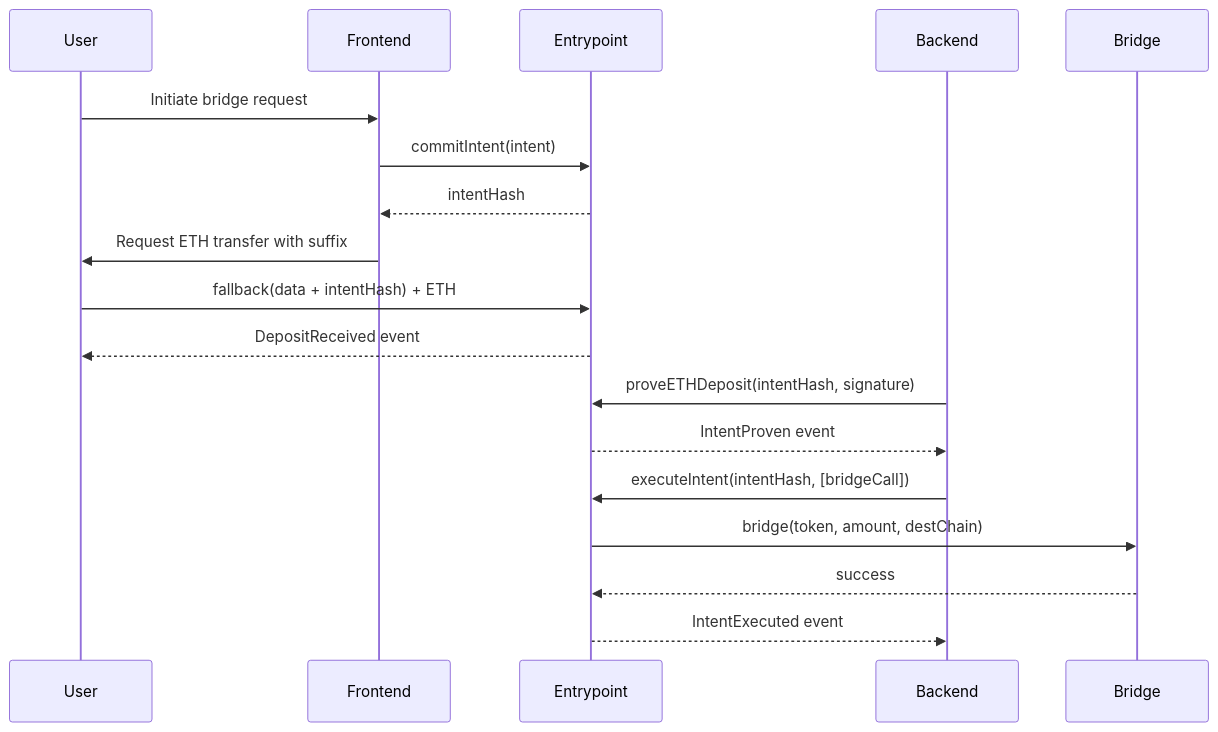
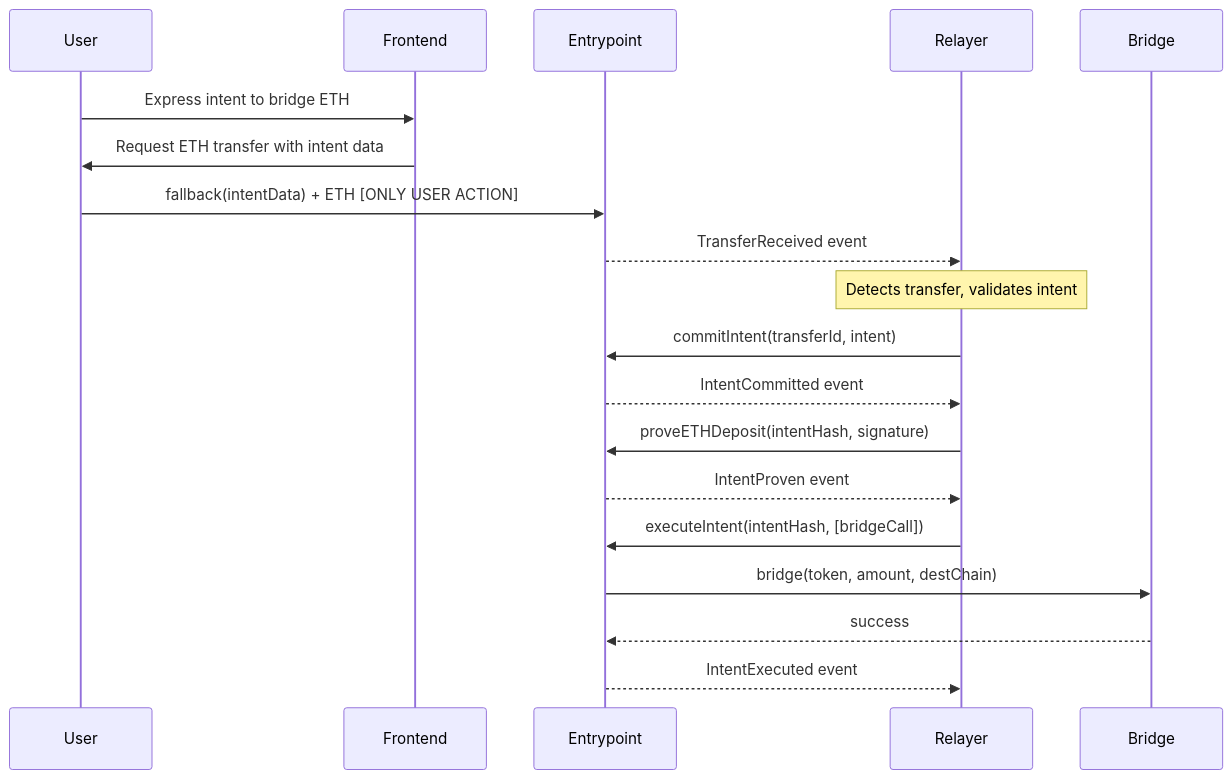
Before and after one commit to 0xsequence/trails-contracts: the first of 2 diagrams in docs/TrailsEntrypointV2.md, drawn with Mermaid. The commit also changed other lines of this file and 2 other files, not shown here.

First line of the commit message:
feat: implement relayer-operated architecture for TrailsEntrypointV2

````diff
--- a/docs/TrailsEntrypointV2.md
+++ b/docs/TrailsEntrypointV2.md
@@ -262,24 +271,25 @@
 ```mermaid
 sequenceDiagram
     participant User
     participant Frontend
     participant Entrypoint
-    participant Backend
+    participant Relayer
     participant Bridge
 
-    User->>Frontend: Initiate bridge request
-    Frontend->>Entrypoint: commitIntent(intent)
-    Entrypoint-->>Frontend: intentHash
+    User->>Frontend: Express intent to bridge ETH
+    Frontend->>User: Request ETH transfer with intent data
+    User->>Entrypoint: fallback(intentData) + ETH [ONLY USER ACTION]
+    Entrypoint-->>Relayer: TransferReceived event
     
-    Frontend->>User: Request ETH transfer with suffix
-    User->>Entrypoint: fallback(data + intentHash) + ETH
-    Entrypoint-->>User: DepositReceived event
+    Note over Relayer: Detects transfer, validates intent
+    Relayer->>Entrypoint: commitIntent(transferId, intent)
+    Entrypoint-->>Relayer: IntentCommitted event
     
-    Backend->>Entrypoint: proveETHDeposit(intentHash, signature)
-    Entrypoint-->>Backend: IntentProven event
+    Relayer->>Entrypoint: proveETHDeposit(intentHash, signature)
+    Entrypoint-->>Relayer: IntentProven event
     
-    Backend->>Entrypoint: executeIntent(intentHash, [bridgeCall])
+    Relayer->>Entrypoint: executeIntent(intentHash, [bridgeCall])
     Entrypoint->>Bridge: bridge(token, amount, destChain)
     Bridge-->>Entrypoint: success
-    Entrypoint-->>Backend: IntentExecuted event
+    Entrypoint-->>Relayer: IntentExecuted event
 ```
````
